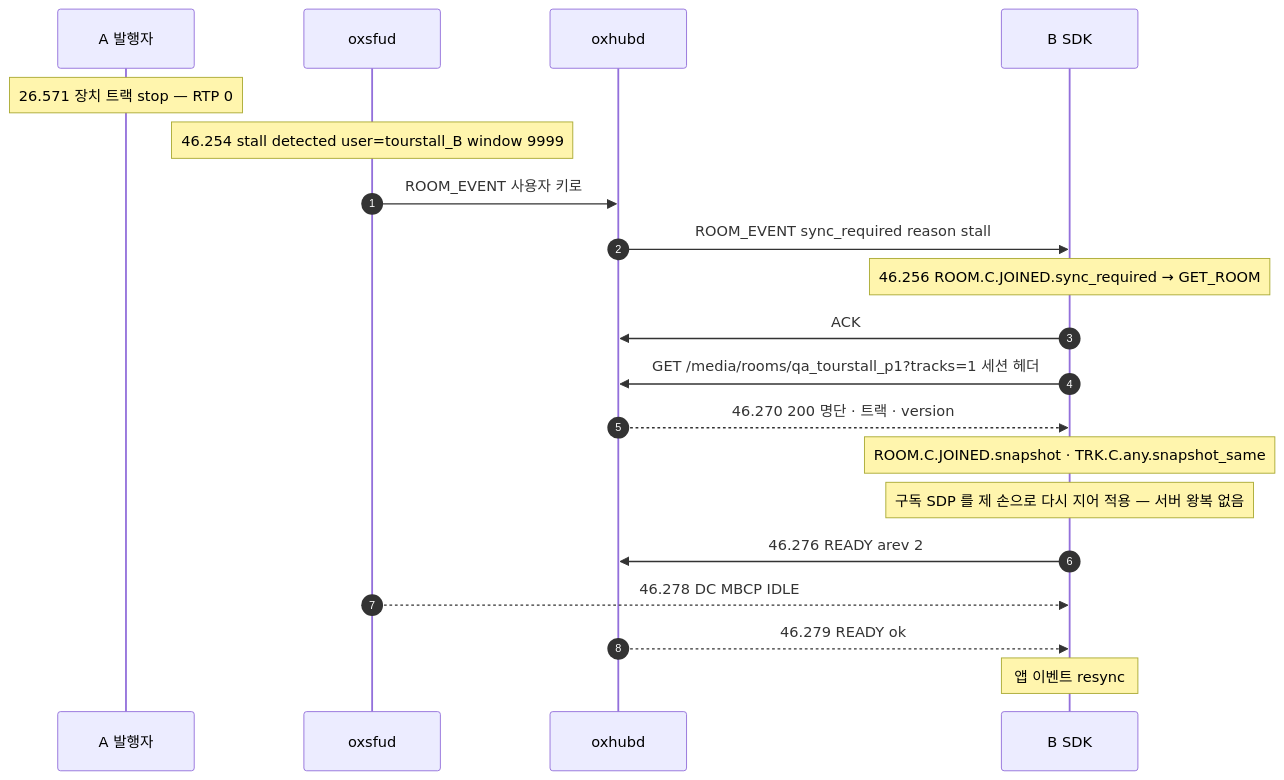
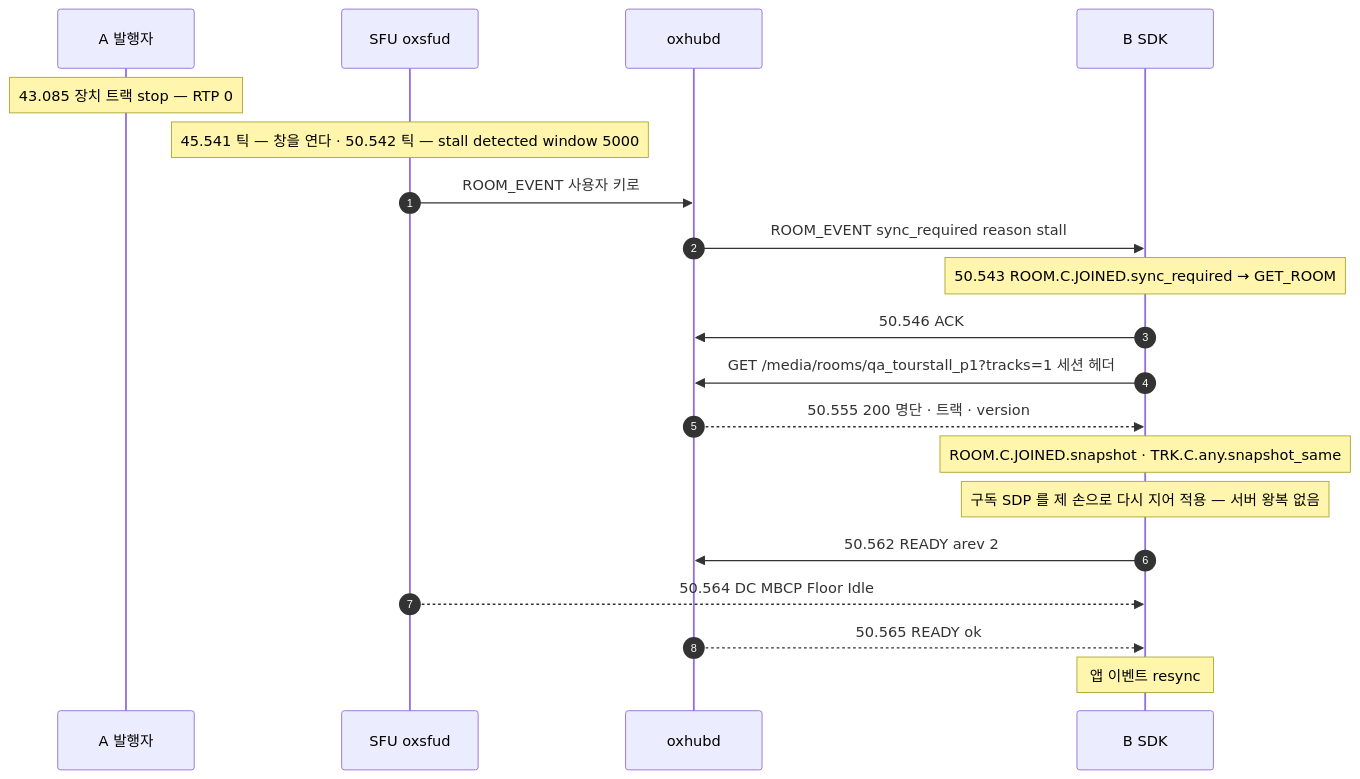
The second of 2 diagrams in docs/learn/11_STALL_RESYNC.md (kodeholic9/oxlens-sfu), drawn with Mermaid before and after one commit. The commit also changed other lines of this file and 19 other files, not shown here.

````diff
--- a/docs/learn/11_STALL_RESYNC.md
+++ b/docs/learn/11_STALL_RESYNC.md
@@ -85,22 +92,22 @@
 ```mermaid
 sequenceDiagram
   autonumber
   participant A as A 발행자
-  participant S as oxsfud
+  participant S as SFU oxsfud
   participant H as oxhubd
   participant B as B SDK
-  Note over A: 26.571 장치 트랙 stop — RTP 0
-  Note over S: 46.254 stall detected user=tourstall_B window 9999
+  Note over A: 43.085 장치 트랙 stop — RTP 0
+  Note over S: 45.541 틱 — 창을 연다 · 50.542 틱 — stall detected window 5000
   S->>H: ROOM_EVENT 사용자 키로
   H->>B: ROOM_EVENT sync_required reason stall
-  Note over B: 46.256 ROOM.C.JOINED.sync_required → GET_ROOM
-  B->>H: ACK
+  Note over B: 50.543 ROOM.C.JOINED.sync_required → GET_ROOM
+  B->>H: 50.546 ACK
   B->>H: GET /media/rooms/qa_tourstall_p1?tracks=1 세션 헤더
-  H-->>B: 46.270 200 명단 · 트랙 · version
+  H-->>B: 50.555 200 명단 · 트랙 · version
   Note over B: ROOM.C.JOINED.snapshot · TRK.C.any.snapshot_same
   Note over B: 구독 SDP 를 제 손으로 다시 지어 적용 — 서버 왕복 없음
-  B->>H: 46.276 READY arev 2
-  S-->>B: 46.278 DC MBCP IDLE
-  H-->>B: 46.279 READY ok
+  B->>H: 50.562 READY arev 2
+  S-->>B: 50.564 DC MBCP Floor Idle
+  H-->>B: 50.565 READY ok
   Note over B: 앱 이벤트 resync
 ```
````
